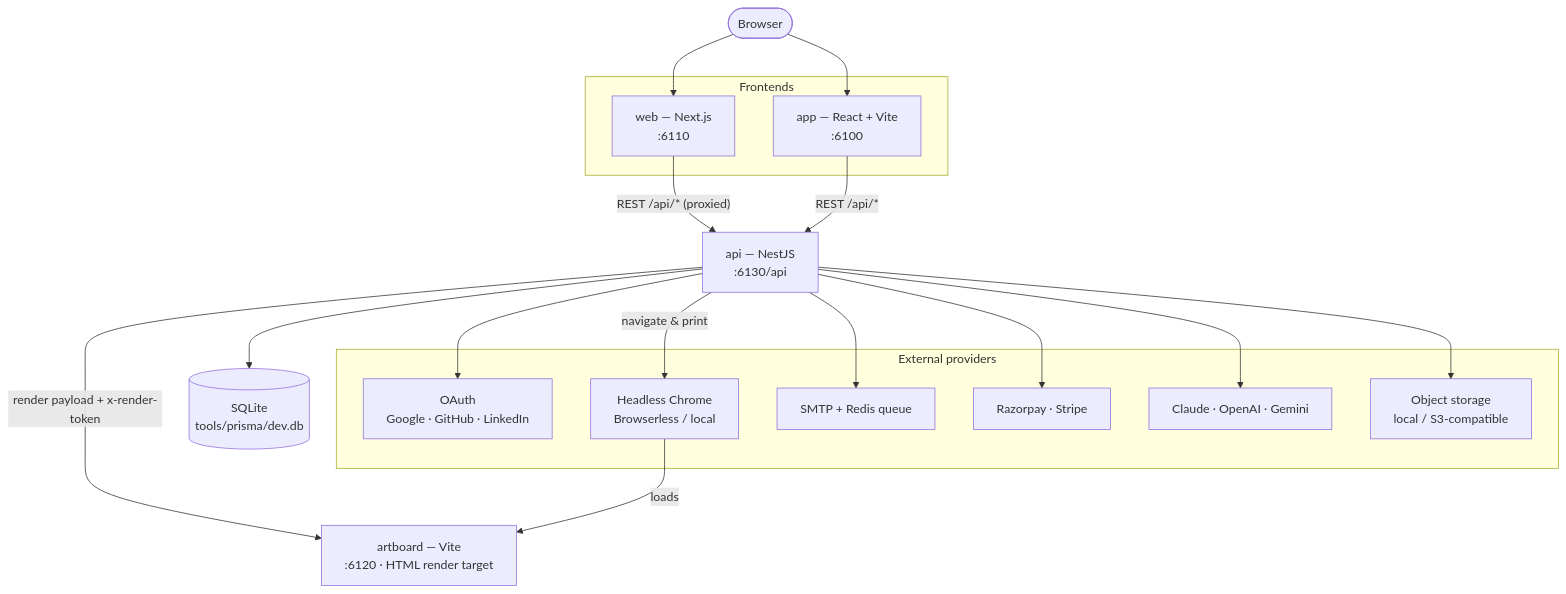
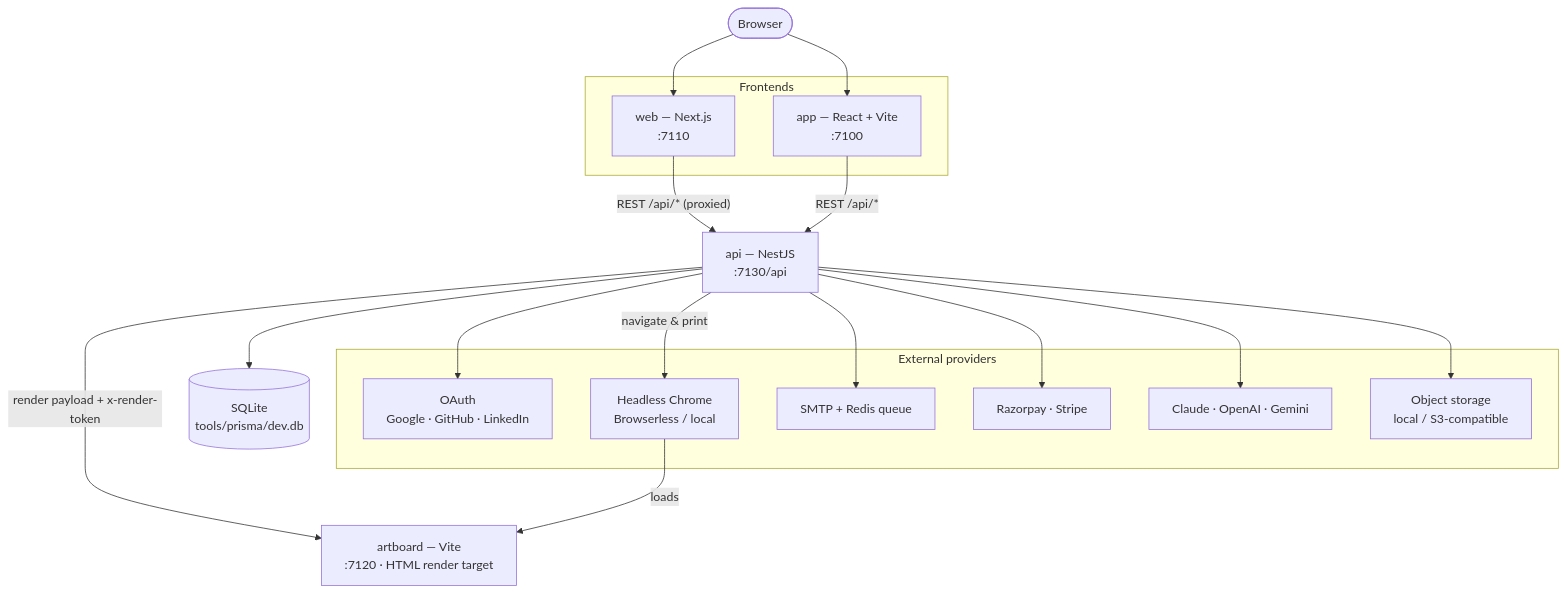
The first of 7 diagrams in docs/ARCHITECTURE.md (DocsIntelligence/SupplierTrade), drawn with Mermaid before and after one commit. The commit also changed 58 other files, not shown here.

````diff
--- a/docs/ARCHITECTURE.md
+++ b/docs/ARCHITECTURE.md
@@ -24,37 +24,37 @@
 ```mermaid
 flowchart TD
     user([Browser])
 
     subgraph frontends [Frontends]
-        web["web — Next.js<br/>:6110"]
-        app["app — React + Vite<br/>:6100"]
+        web["web — Next.js<br/>:7110"]
+        app["app — React + Vite<br/>:7100"]
     end
 
-    api["api — NestJS<br/>:6130/api"]
-    artboard["artboard — Vite<br/>:6120 · HTML render target"]
+    api["api — NestJS<br/>:7130/api"]
+    artboard["artboard — Vite<br/>:7120 · HTML render target"]
     db[("SQLite<br/>tools/prisma/dev.db")]
 
     subgraph external [External providers]
         oauth["OAuth<br/>Google · GitHub · LinkedIn"]
         chrome["Headless Chrome<br/>Browserless / local"]
         smtp["SMTP + Redis queue"]
         pay["Razorpay · Stripe"]
         ai["Claude · OpenAI · Gemini"]
         store["Object storage<br/>local / S3-compatible"]
     end
 
     user --> web
     user --> app
     web -->|"REST /api/* (proxied)"| api
     app -->|"REST /api/*"| api
 
     api --> db
     api --> oauth
     api --> smtp
     api --> pay
     api --> ai
     api --> store
     api -->|"render payload + x-render-token"| artboard
     api -->|"navigate & print"| chrome
     chrome -->|"loads"| artboard
 ```
````
